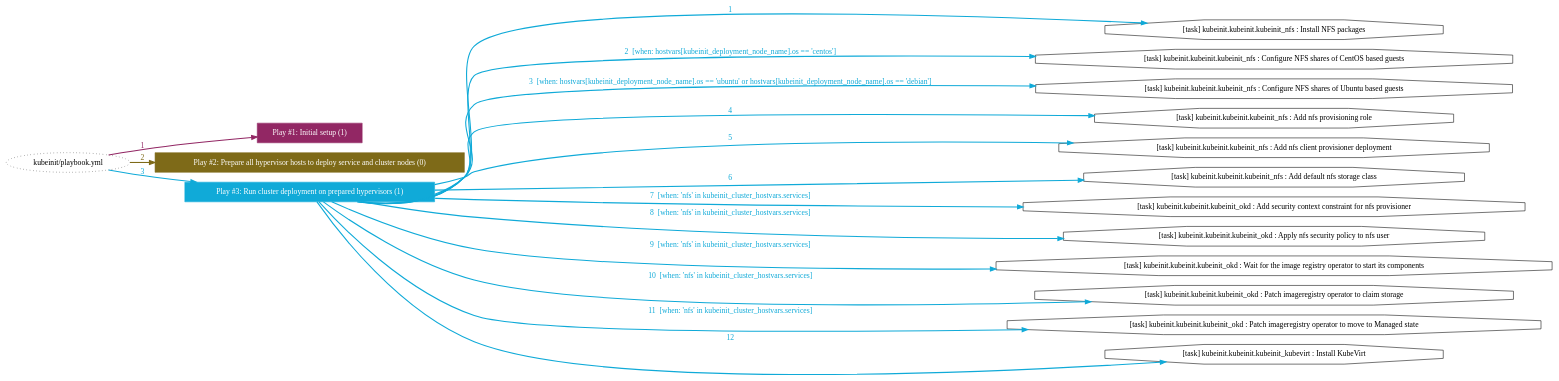
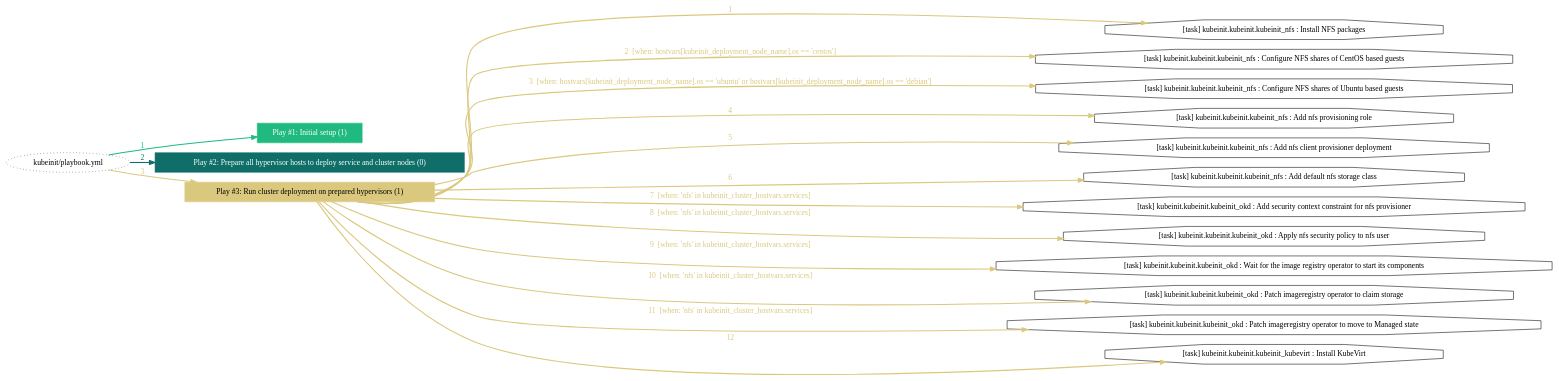
The diagram in _static/playbook_task_post_deployment.dot (Kubeinit/kubeinit), drawn with Graphviz before and after one commit. The commit also changed 64 other files, not shown here.

```diff
--- a/_static/playbook_task_post_deployment.dot
+++ b/_static/playbook_task_post_deployment.dot
@@ -3,39 +3,39 @@
 	edge [esep=5 sep=10]
 	"kubeinit/playbook.yml" [id=root_node style=dotted]
 	subgraph "Play #1: Initial setup (1) "{
-		"Play #1: Initial setup (1)" [color="#922764" fontcolor="#ffffff" id="play_0cbe7f72-80c1-4f7c-b7de-137e2764fc03" shape=box style=filled tooltip=localhost]
-		"kubeinit/playbook.yml" -> "Play #1: Initial setup (1)" [label=1 color="#922764" fontcolor="#922764" id="edge_f05722ee-48b2-4d58-86db-114b245a1f06" style=bold]
+		"Play #1: Initial setup (1)" [color="#20ba81" fontcolor="#ffffff" id="play_7fff1c42-dcdc-4845-81bf-130e82ad9f3f" shape=box style=filled tooltip=localhost]
+		"kubeinit/playbook.yml" -> "Play #1: Initial setup (1)" [label=1 color="#20ba81" fontcolor="#20ba81" id="edge_59f03d69-6f20-47f3-8499-6375bbfea77e" style=bold]
 	}
 	subgraph "Play #2: Prepare all hypervisor hosts to deploy service and cluster nodes (0) "{
-		"Play #2: Prepare all hypervisor hosts to deploy service and cluster nodes (0)" [color="#7e6a18" fontcolor="#ffffff" id="play_161a9e77-36ea-47a2-abc1-385a89cf8bcc" shape=box style=filled tooltip=""]
-		"kubeinit/playbook.yml" -> "Play #2: Prepare all hypervisor hosts to deploy service and cluster nodes (0)" [label=2 color="#7e6a18" fontcolor="#7e6a18" id="edge_ad4ad968-a007-42ab-82cf-c62b3ff2ea37" style=bold]
+		"Play #2: Prepare all hypervisor hosts to deploy service and cluster nodes (0)" [color="#0f6f68" fontcolor="#ffffff" id="play_6080c737-ff7e-43ae-bed0-a4bdc392db4b" shape=box style=filled tooltip=""]
+		"kubeinit/playbook.yml" -> "Play #2: Prepare all hypervisor hosts to deploy service and cluster nodes (0)" [label=2 color="#0f6f68" fontcolor="#0f6f68" id="edge_7b87ce31-0d6b-40ae-96c7-3b21012c846b" style=bold]
 	}
 	subgraph "Play #3: Run cluster deployment on prepared hypervisors (1) "{
-		"Play #3: Run cluster deployment on prepared hypervisors (1)" [color="#10aad8" fontcolor="#ffffff" id="play_60d5595d-330c-4c68-b22a-5c7b3f8e3d82" shape=box style=filled tooltip=localhost]
-		"kubeinit/playbook.yml" -> "Play #3: Run cluster deployment on prepared hypervisors (1)" [label=3 color="#10aad8" fontcolor="#10aad8" id="edge_0de72029-c0cb-475a-b326-02994c2a9583" style=bold]
-		"task_b657334f-80e4-49e4-8901-a7c43c4b7fd6" [label="[task] kubeinit.kubeinit.kubeinit_nfs : Install NFS packages" id="task_b657334f-80e4-49e4-8901-a7c43c4b7fd6" shape=octagon tooltip="[task] kubeinit.kubeinit.kubeinit_nfs : Install NFS packages"]
-		"Play #3: Run cluster deployment on prepared hypervisors (1)" -> "task_b657334f-80e4-49e4-8901-a7c43c4b7fd6" [label=1 color="#10aad8" fontcolor="#10aad8" id="edge_6870406f-17e6-42c0-96d9-07705e95ef44" style=bold]
-		"task_9fbc20e5-1d7f-4e9c-9d44-352f57e85e8f" [label="[task] kubeinit.kubeinit.kubeinit_nfs : Configure NFS shares of CentOS based guests" id="task_9fbc20e5-1d7f-4e9c-9d44-352f57e85e8f" shape=octagon tooltip="[task] kubeinit.kubeinit.kubeinit_nfs : Configure NFS shares of CentOS based guests"]
-		"Play #3: Run cluster deployment on prepared hypervisors (1)" -> "task_9fbc20e5-1d7f-4e9c-9d44-352f57e85e8f" [label="2  [when: hostvars[kubeinit_deployment_node_name].os == 'centos']" color="#10aad8" fontcolor="#10aad8" id="edge_3fe31c08-2714-4d9d-bf8c-49406f5c2fee" style=bold]
-		"task_1cabe938-71a9-430c-9e0a-6e8a6f576920" [label="[task] kubeinit.kubeinit.kubeinit_nfs : Configure NFS shares of Ubuntu based guests" id="task_1cabe938-71a9-430c-9e0a-6e8a6f576920" shape=octagon tooltip="[task] kubeinit.kubeinit.kubeinit_nfs : Configure NFS shares of Ubuntu based guests"]
-		"Play #3: Run cluster deployment on prepared hypervisors (1)" -> "task_1cabe938-71a9-430c-9e0a-6e8a6f576920" [label="3  [when: hostvars[kubeinit_deployment_node_name].os == 'ubuntu' or hostvars[kubeinit_deployment_node_name].os == 'debian']" color="#10aad8" fontcolor="#10aad8" id="edge_860a91b0-7845-4d81-bd6e-50c49285d12c" style=bold]
-		"task_6c0d6a52-71e5-4258-aa62-a2c49a6338ad" [label="[task] kubeinit.kubeinit.kubeinit_nfs : Add nfs provisioning role" id="task_6c0d6a52-71e5-4258-aa62-a2c49a6338ad" shape=octagon tooltip="[task] kubeinit.kubeinit.kubeinit_nfs : Add nfs provisioning role"]
-		"Play #3: Run cluster deployment on prepared hypervisors (1)" -> "task_6c0d6a52-71e5-4258-aa62-a2c49a6338ad" [label=4 color="#10aad8" fontcolor="#10aad8" id="edge_5b06056d-d176-4816-9681-ebf2313a506b" style=bold]
-		"task_c0225836-3711-4f6c-96f5-e20721d2c4cd" [label="[task] kubeinit.kubeinit.kubeinit_nfs : Add nfs client provisioner deployment" id="task_c0225836-3711-4f6c-96f5-e20721d2c4cd" shape=octagon tooltip="[task] kubeinit.kubeinit.kubeinit_nfs : Add nfs client provisioner deployment"]
-		"Play #3: Run cluster deployment on prepared hypervisors (1)" -> "task_c0225836-3711-4f6c-96f5-e20721d2c4cd" [label=5 color="#10aad8" fontcolor="#10aad8" id="edge_654b326a-7ced-4497-9149-3a01171373ec" style=bold]
-		"task_63ba8ca3-9c30-40e3-88b4-b79a60c7000d" [label="[task] kubeinit.kubeinit.kubeinit_nfs : Add default nfs storage class" id="task_63ba8ca3-9c30-40e3-88b4-b79a60c7000d" shape=octagon tooltip="[task] kubeinit.kubeinit.kubeinit_nfs : Add default nfs storage class"]
-		"Play #3: Run cluster deployment on prepared hypervisors (1)" -> "task_63ba8ca3-9c30-40e3-88b4-b79a60c7000d" [label=6 color="#10aad8" fontcolor="#10aad8" id="edge_09f86710-ed8f-4f60-b4c3-385bc8376e54" style=bold]
-		"task_1752e8c5-3ad0-45b9-b3e2-f2b702172342" [label="[task] kubeinit.kubeinit.kubeinit_okd : Add security context constraint for nfs provisioner" id="task_1752e8c5-3ad0-45b9-b3e2-f2b702172342" shape=octagon tooltip="[task] kubeinit.kubeinit.kubeinit_okd : Add security context constraint for nfs provisioner"]
-		"Play #3: Run cluster deployment on prepared hypervisors (1)" -> "task_1752e8c5-3ad0-45b9-b3e2-f2b702172342" [label="7  [when: 'nfs' in kubeinit_cluster_hostvars.services]" color="#10aad8" fontcolor="#10aad8" id="edge_2bccf204-1f67-4cd7-b12e-04884ef41bd2" style=bold]
-		"task_f7b28be9-766d-4bd8-a2ee-e786ce2cf221" [label="[task] kubeinit.kubeinit.kubeinit_okd : Apply nfs security policy to nfs user" id="task_f7b28be9-766d-4bd8-a2ee-e786ce2cf221" shape=octagon tooltip="[task] kubeinit.kubeinit.kubeinit_okd : Apply nfs security policy to nfs user"]
-		"Play #3: Run cluster deployment on prepared hypervisors (1)" -> "task_f7b28be9-766d-4bd8-a2ee-e786ce2cf221" [label="8  [when: 'nfs' in kubeinit_cluster_hostvars.services]" color="#10aad8" fontcolor="#10aad8" id="edge_61b90c2e-b58e-4626-b2a5-56b0e22dd2aa" style=bold]
-		"task_a3af9dd3-2fa9-4bb5-abd3-1542bcf1250e" [label="[task] kubeinit.kubeinit.kubeinit_okd : Wait for the image registry operator to start its components" id="task_a3af9dd3-2fa9-4bb5-abd3-1542bcf1250e" shape=octagon tooltip="[task] kubeinit.kubeinit.kubeinit_okd : Wait for the image registry operator to start its components"]
-		"Play #3: Run cluster deployment on prepared hypervisors (1)" -> "task_a3af9dd3-2fa9-4bb5-abd3-1542bcf1250e" [label="9  [when: 'nfs' in kubeinit_cluster_hostvars.services]" color="#10aad8" fontcolor="#10aad8" id="edge_955b4033-1c2a-4d58-8e8a-ace097411873" style=bold]
-		"task_3278d4e4-ab5b-4ce3-9a79-1ccae2608eb3" [label="[task] kubeinit.kubeinit.kubeinit_okd : Patch imageregistry operator to claim storage" id="task_3278d4e4-ab5b-4ce3-9a79-1ccae2608eb3" shape=octagon tooltip="[task] kubeinit.kubeinit.kubeinit_okd : Patch imageregistry operator to claim storage"]
-		"Play #3: Run cluster deployment on prepared hypervisors (1)" -> "task_3278d4e4-ab5b-4ce3-9a79-1ccae2608eb3" [label="10  [when: 'nfs' in kubeinit_cluster_hostvars.services]" color="#10aad8" fontcolor="#10aad8" id="edge_63ee50bc-c8f8-4053-b0f9-260aa95b2620" style=bold]
-		"task_19a581ce-a02f-4e9e-a945-cb9849528bd0" [label="[task] kubeinit.kubeinit.kubeinit_okd : Patch imageregistry operator to move to Managed state" id="task_19a581ce-a02f-4e9e-a945-cb9849528bd0" shape=octagon tooltip="[task] kubeinit.kubeinit.kubeinit_okd : Patch imageregistry operator to move to Managed state"]
-		"Play #3: Run cluster deployment on prepared hypervisors (1)" -> "task_19a581ce-a02f-4e9e-a945-cb9849528bd0" [label="11  [when: 'nfs' in kubeinit_cluster_hostvars.services]" color="#10aad8" fontcolor="#10aad8" id="edge_a8de60e3-843d-4771-9369-f2267d44392a" style=bold]
-		"task_1791b057-0bee-400a-8fd4-f451fb327a10" [label="[task] kubeinit.kubeinit.kubeinit_kubevirt : Install KubeVirt" id="task_1791b057-0bee-400a-8fd4-f451fb327a10" shape=octagon tooltip="[task] kubeinit.kubeinit.kubeinit_kubevirt : Install KubeVirt"]
-		"Play #3: Run cluster deployment on prepared hypervisors (1)" -> "task_1791b057-0bee-400a-8fd4-f451fb327a10" [label=12 color="#10aad8" fontcolor="#10aad8" id="edge_8042e1f8-dfcf-47d1-af50-6c24ee51252a" style=bold]
+		"Play #3: Run cluster deployment on prepared hypervisors (1)" [color="#dbc87f" fontcolor="#000000" id="play_35d6676a-5354-4b3d-9ee3-cc42d0db98c8" shape=box style=filled tooltip=localhost]
+		"kubeinit/playbook.yml" -> "Play #3: Run cluster deployment on prepared hypervisors (1)" [label=3 color="#dbc87f" fontcolor="#dbc87f" id="edge_9e2771d1-e231-498d-ba28-af84b371f860" style=bold]
+		"task_ec382c27-fceb-409b-9092-345d6eaa789d" [label="[task] kubeinit.kubeinit.kubeinit_nfs : Install NFS packages" id="task_ec382c27-fceb-409b-9092-345d6eaa789d" shape=octagon tooltip="[task] kubeinit.kubeinit.kubeinit_nfs : Install NFS packages"]
+		"Play #3: Run cluster deployment on prepared hypervisors (1)" -> "task_ec382c27-fceb-409b-9092-345d6eaa789d" [label=1 color="#dbc87f" fontcolor="#dbc87f" id="edge_f4d3115b-b886-4616-89b3-b476d704908b" style=bold]
+		"task_db6b7bd3-f45c-46c5-b22c-8c8c06449171" [label="[task] kubeinit.kubeinit.kubeinit_nfs : Configure NFS shares of CentOS based guests" id="task_db6b7bd3-f45c-46c5-b22c-8c8c06449171" shape=octagon tooltip="[task] kubeinit.kubeinit.kubeinit_nfs : Configure NFS shares of CentOS based guests"]
+		"Play #3: Run cluster deployment on prepared hypervisors (1)" -> "task_db6b7bd3-f45c-46c5-b22c-8c8c06449171" [label="2  [when: hostvars[kubeinit_deployment_node_name].os == 'centos']" color="#dbc87f" fontcolor="#dbc87f" id="edge_5eb26d3a-3fa9-4f0c-b5d2-df05708c9608" style=bold]
+		"task_f42852ea-0756-48a6-98e0-2ea95d7414a0" [label="[task] kubeinit.kubeinit.kubeinit_nfs : Configure NFS shares of Ubuntu based guests" id="task_f42852ea-0756-48a6-98e0-2ea95d7414a0" shape=octagon tooltip="[task] kubeinit.kubeinit.kubeinit_nfs : Configure NFS shares of Ubuntu based guests"]
+		"Play #3: Run cluster deployment on prepared hypervisors (1)" -> "task_f42852ea-0756-48a6-98e0-2ea95d7414a0" [label="3  [when: hostvars[kubeinit_deployment_node_name].os == 'ubuntu' or hostvars[kubeinit_deployment_node_name].os == 'debian']" color="#dbc87f" fontcolor="#dbc87f" id="edge_e7e930fb-594a-42c4-9cb6-b6a353a45839" style=bold]
+		"task_f6d0ab92-0ccc-4de1-94b0-116f7f195211" [label="[task] kubeinit.kubeinit.kubeinit_nfs : Add nfs provisioning role" id="task_f6d0ab92-0ccc-4de1-94b0-116f7f195211" shape=octagon tooltip="[task] kubeinit.kubeinit.kubeinit_nfs : Add nfs provisioning role"]
+		"Play #3: Run cluster deployment on prepared hypervisors (1)" -> "task_f6d0ab92-0ccc-4de1-94b0-116f7f195211" [label=4 color="#dbc87f" fontcolor="#dbc87f" id="edge_7743a750-280c-4f73-83e7-233598f47de0" style=bold]
+		"task_74f802a3-7002-4cee-b23b-a0f1ca4ffee2" [label="[task] kubeinit.kubeinit.kubeinit_nfs : Add nfs client provisioner deployment" id="task_74f802a3-7002-4cee-b23b-a0f1ca4ffee2" shape=octagon tooltip="[task] kubeinit.kubeinit.kubeinit_nfs : Add nfs client provisioner deployment"]
+		"Play #3: Run cluster deployment on prepared hypervisors (1)" -> "task_74f802a3-7002-4cee-b23b-a0f1ca4ffee2" [label=5 color="#dbc87f" fontcolor="#dbc87f" id="edge_811aa178-95e9-4d14-b6b7-ed7fe3ce1afd" style=bold]
+		"task_11fcf941-54a0-4370-b9a7-6724e94688de" [label="[task] kubeinit.kubeinit.kubeinit_nfs : Add default nfs storage class" id="task_11fcf941-54a0-4370-b9a7-6724e94688de" shape=octagon tooltip="[task] kubeinit.kubeinit.kubeinit_nfs : Add default nfs storage class"]
+		"Play #3: Run cluster deployment on prepared hypervisors (1)" -> "task_11fcf941-54a0-4370-b9a7-6724e94688de" [label=6 color="#dbc87f" fontcolor="#dbc87f" id="edge_c10c00a7-4473-4fea-bafb-79fa10ede374" style=bold]
+		"task_8403f7f5-3f95-4255-9b98-8cc9bbb59905" [label="[task] kubeinit.kubeinit.kubeinit_okd : Add security context constraint for nfs provisioner" id="task_8403f7f5-3f95-4255-9b98-8cc9bbb59905" shape=octagon tooltip="[task] kubeinit.kubeinit.kubeinit_okd : Add security context constraint for nfs provisioner"]
+		"Play #3: Run cluster deployment on prepared hypervisors (1)" -> "task_8403f7f5-3f95-4255-9b98-8cc9bbb59905" [label="7  [when: 'nfs' in kubeinit_cluster_hostvars.services]" color="#dbc87f" fontcolor="#dbc87f" id="edge_ba460f1c-cc81-4fa2-b1a3-16433782a04c" style=bold]
+		"task_2044a5d6-6441-40bb-95ab-47b602eb6266" [label="[task] kubeinit.kubeinit.kubeinit_okd : Apply nfs security policy to nfs user" id="task_2044a5d6-6441-40bb-95ab-47b602eb6266" shape=octagon tooltip="[task] kubeinit.kubeinit.kubeinit_okd : Apply nfs security policy to nfs user"]
+		"Play #3: Run cluster deployment on prepared hypervisors (1)" -> "task_2044a5d6-6441-40bb-95ab-47b602eb6266" [label="8  [when: 'nfs' in kubeinit_cluster_hostvars.services]" color="#dbc87f" fontcolor="#dbc87f" id="edge_c11f272b-60c7-4704-9e90-b3b9611d2cc7" style=bold]
+		"task_cc977e5f-074d-428a-9b1d-2816478ea96d" [label="[task] kubeinit.kubeinit.kubeinit_okd : Wait for the image registry operator to start its components" id="task_cc977e5f-074d-428a-9b1d-2816478ea96d" shape=octagon tooltip="[task] kubeinit.kubeinit.kubeinit_okd : Wait for the image registry operator to start its components"]
+		"Play #3: Run cluster deployment on prepared hypervisors (1)" -> "task_cc977e5f-074d-428a-9b1d-2816478ea96d" [label="9  [when: 'nfs' in kubeinit_cluster_hostvars.services]" color="#dbc87f" fontcolor="#dbc87f" id="edge_99b44325-74e2-476f-a29e-2d762b05c2d5" style=bold]
+		"task_93de4cca-f55a-410f-9a19-8a12bb58afc9" [label="[task] kubeinit.kubeinit.kubeinit_okd : Patch imageregistry operator to claim storage" id="task_93de4cca-f55a-410f-9a19-8a12bb58afc9" shape=octagon tooltip="[task] kubeinit.kubeinit.kubeinit_okd : Patch imageregistry operator to claim storage"]
+		"Play #3: Run cluster deployment on prepared hypervisors (1)" -> "task_93de4cca-f55a-410f-9a19-8a12bb58afc9" [label="10  [when: 'nfs' in kubeinit_cluster_hostvars.services]" color="#dbc87f" fontcolor="#dbc87f" id="edge_b1ac4eb8-5d4d-4a4e-899e-0cf9c3dffbd0" style=bold]
+		"task_434ac8a6-a8f2-4810-803c-cde5ec08f6a5" [label="[task] kubeinit.kubeinit.kubeinit_okd : Patch imageregistry operator to move to Managed state" id="task_434ac8a6-a8f2-4810-803c-cde5ec08f6a5" shape=octagon tooltip="[task] kubeinit.kubeinit.kubeinit_okd : Patch imageregistry operator to move to Managed state"]
+		"Play #3: Run cluster deployment on prepared hypervisors (1)" -> "task_434ac8a6-a8f2-4810-803c-cde5ec08f6a5" [label="11  [when: 'nfs' in kubeinit_cluster_hostvars.services]" color="#dbc87f" fontcolor="#dbc87f" id="edge_5490643e-a94b-4f22-a9e3-319bf42f9dcc" style=bold]
+		"task_d572d10c-e09a-4e42-bee9-5b6947017fc2" [label="[task] kubeinit.kubeinit.kubeinit_kubevirt : Install KubeVirt" id="task_d572d10c-e09a-4e42-bee9-5b6947017fc2" shape=octagon tooltip="[task] kubeinit.kubeinit.kubeinit_kubevirt : Install KubeVirt"]
+		"Play #3: Run cluster deployment on prepared hypervisors (1)" -> "task_d572d10c-e09a-4e42-bee9-5b6947017fc2" [label=12 color="#dbc87f" fontcolor="#dbc87f" id="edge_66b3a00f-fa32-4cca-b4d2-1f9d2363f5a2" style=bold]
 	}
 }
```
